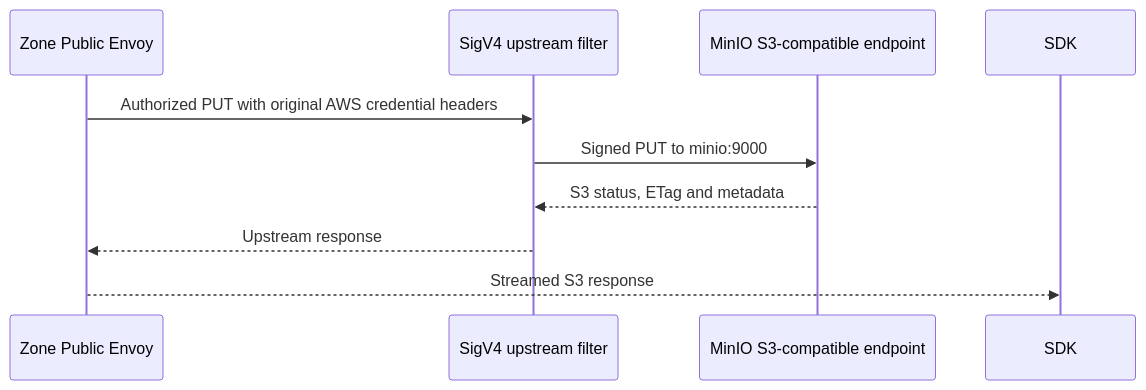
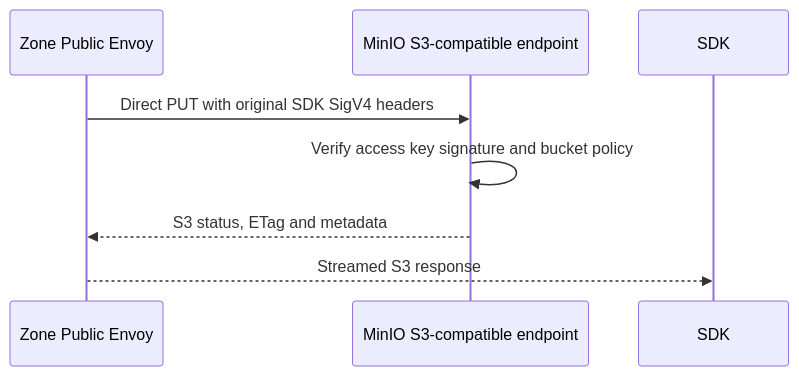
Before and after one commit to phucle996/aurora: the second of 2 diagrams in god_view/storage/personal_storage_sdk_object_upload_god_view_workflow.md, drawn with Mermaid. The commit also changed other lines of this file and 94 other files, not shown here.

````diff
--- a/god_view/storage/personal_storage_sdk_object_upload_god_view_workflow.md
+++ b/god_view/storage/personal_storage_sdk_object_upload_god_view_workflow.md
@@ -84,12 +101,10 @@
 ```mermaid
 sequenceDiagram
     participant E as Zone Public Envoy
-    participant S as SigV4 upstream filter
     participant M as MinIO S3-compatible endpoint
 
-    E->>S: Authorized PUT with original AWS credential headers
-    S->>M: Signed PUT to minio:9000
-    M-->>S: S3 status, ETag and metadata
-    S-->>E: Upstream response
+    E->>M: Direct PUT with original SDK SigV4 headers
+    M->>M: Verify access key signature and bucket policy
+    M-->>E: S3 status, ETag and metadata
     E-->>SDK: Streamed S3 response
 ```
````
